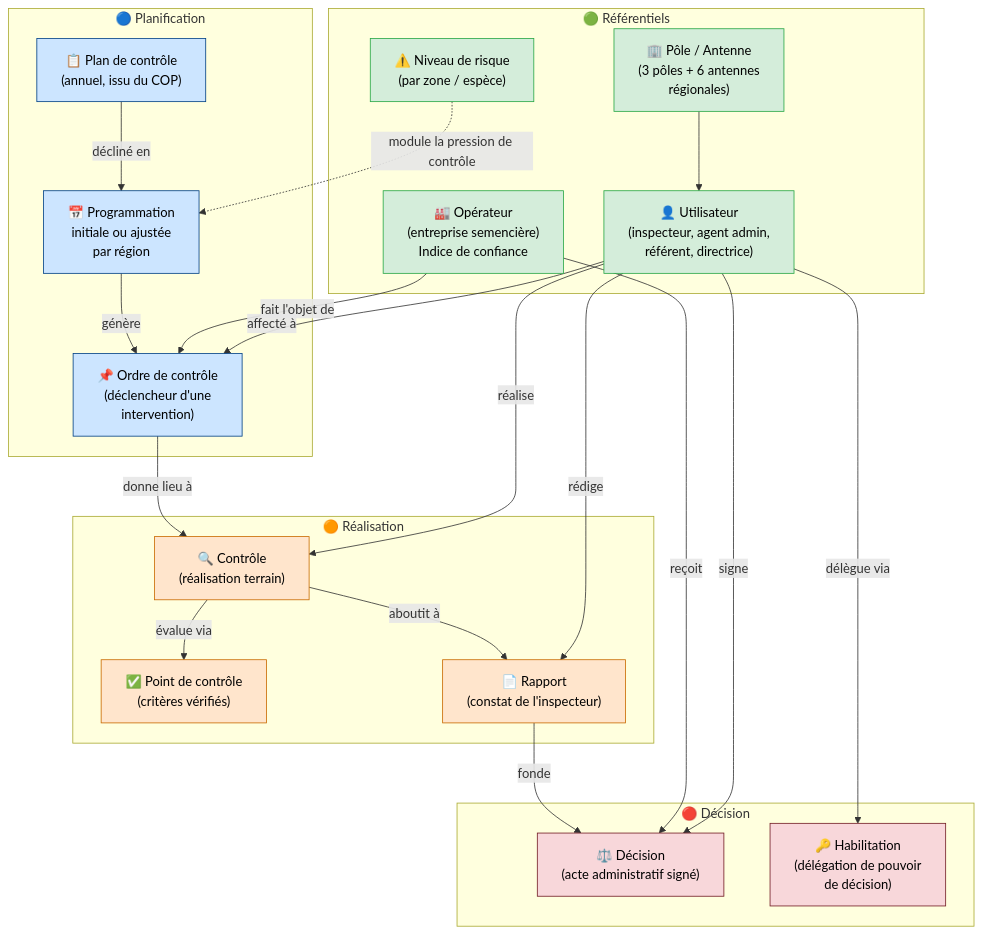
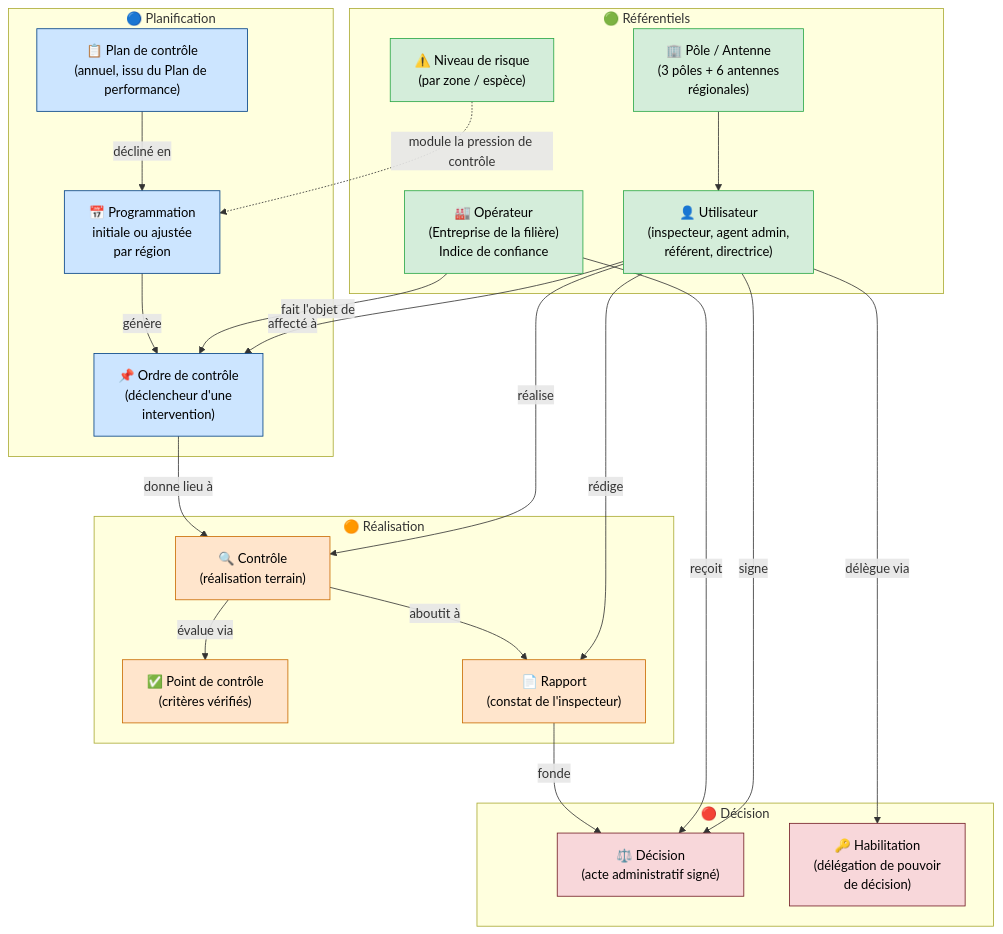
The diagram in docs/bdd/vue-metier.md (bgaland24/conceptionia), drawn with Mermaid before and after one commit. The commit also changed other lines of this file and 10 other files, not shown here.

````diff
--- a/docs/bdd/vue-metier.md
+++ b/docs/bdd/vue-metier.md
@@ -29,62 +29,62 @@
 ```mermaid
 graph TB
 
     %% ---- Styles par couche ----
     classDef referentiel fill:#d4edda,stroke:#28a745,color:#000
     classDef planification fill:#cce5ff,stroke:#004085,color:#000
     classDef realisation  fill:#ffe5cc,stroke:#c96a00,color:#000
     classDef decision     fill:#f8d7da,stroke:#721c24,color:#000
 
     %% ---- Couche Référentiels (verte) ----
     subgraph REF["🟢 Référentiels"]
         U["👤 Utilisateur\n(inspecteur, agent admin,\nréférent, directrice)"]
         PA["🏢 Pôle / Antenne\n(3 pôles + 6 antennes\nrégionales)"]
-        OP["🏭 Opérateur\n(entreprise semencière)\nIndice de confiance"]
+        OP["🏭 Opérateur\n(Entreprise de la filière)\nIndice de confiance"]
         NR["⚠️ Niveau de risque\n(par zone / espèce)"]
     end
 
     %% ---- Couche Planification (bleue) ----
     subgraph PLAN["🔵 Planification"]
-        PC["📋 Plan de contrôle\n(annuel, issu du COP)"]
+        PC["📋 Plan de contrôle\n(annuel, issu du Plan de performance)"]
         PR["📅 Programmation\ninitiale ou ajustée\npar région"]
         OC["📌 Ordre de contrôle\n(déclencheur d'une\nintervention)"]
     end
 
     %% ---- Couche Réalisation (orange) ----
     subgraph REAL["🟠 Réalisation"]
         CT["🔍 Contrôle\n(réalisation terrain)"]
         PT["✅ Point de contrôle\n(critères vérifiés)"]
         RP["📄 Rapport\n(constat de l'inspecteur)"]
     end
 
     %% ---- Couche Décision (rouge) ----
     subgraph DEC["🔴 Décision"]
         DC["⚖️ Décision\n(acte administratif signé)"]
         HD["🔑 Habilitation\n(délégation de pouvoir\nde décision)"]
     end
 
     %% ---- Relations ----
     PA --> U
     U -->|"affecté à"| OC
     U -->|"réalise"| CT
     U -->|"rédige"| RP
     U -->|"signe"| DC
     U -->|"délègue via"| HD
 
     OP -->|"fait l'objet de"| OC
     OP -->|"reçoit"| DC
     NR -.->|"module la pression de contrôle"| PR
 
     PC -->|"décliné en"| PR
     PR -->|"génère"| OC
     OC -->|"donne lieu à"| CT
     CT -->|"évalue via"| PT
     CT -->|"aboutit à"| RP
     RP -->|"fonde"| DC
 
     %% ---- Classes ----
     class U,PA,OP,NR referentiel
     class PC,PR,OC planification
     class CT,PT,RP realisation
     class DC,HD decision
 ```
````
